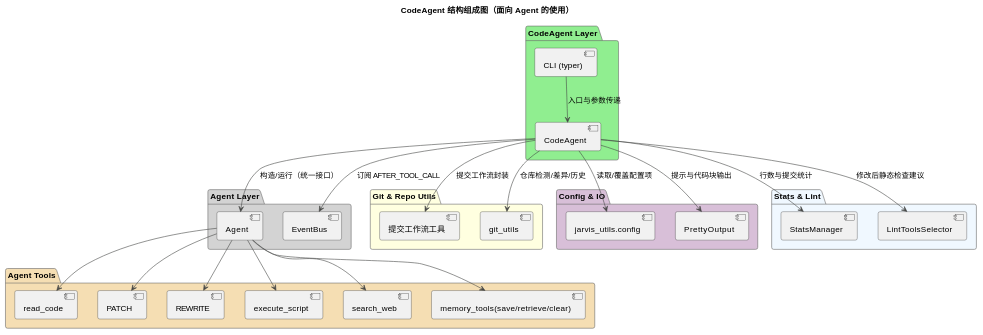
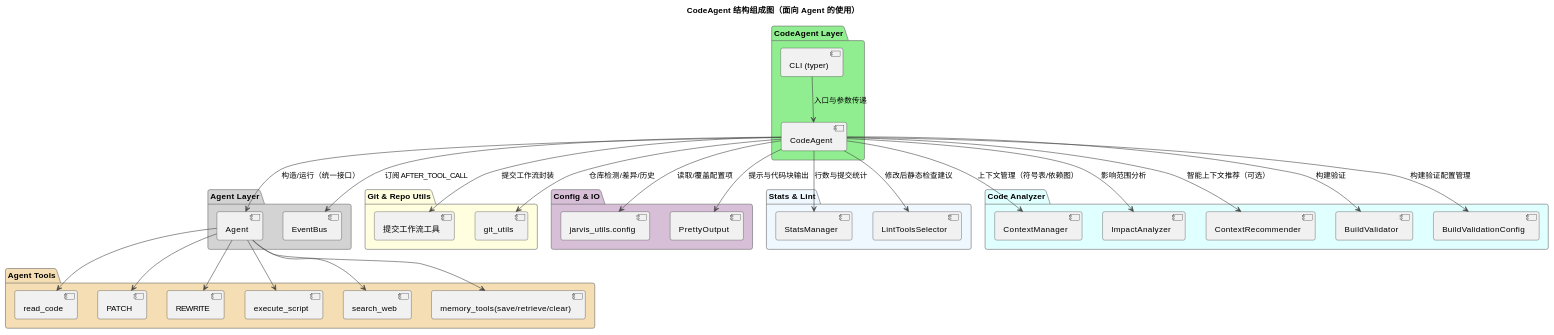
One commit to skyfireitdiy/Jarvis changed diagram 24 of 60 in 技术报告.md. Above: the diagram before and after it, drawn with PlantUML. The commit also changed other lines of this file, not shown here.

First line of the commit message:
feat(code_analyzer): 新增代码分析器模块和相关功能

````diff
--- a/技术报告.md
+++ b/技术报告.md
@@ -1553,58 +1553,71 @@
 ```plantuml
 @startuml
 !theme vibrant
 title CodeAgent 结构组成图（面向 Agent 的使用）
 
 package "CodeAgent Layer" #LightGreen {
   component "CodeAgent" as CodeAgent
   component "CLI (typer)" as CLI
 }
 
 package "Agent Layer" #LightGray {
   component "Agent" as AgentNode
   component "EventBus" as EventBus
 }
 
 package "Agent Tools" #Wheat {
   component "read_code" as ToolReadCode
   component "PATCH" as ToolPatch
   component "REWRITE" as ToolRewrite
   component "execute_script" as ToolExecuteScript
   component "search_web" as ToolSearchWeb
   component "memory_tools(save/retrieve/clear)" as ToolMemory
 }
 
 package "Git & Repo Utils" #LightYellow {
   component "提交工作流工具" as GitCommitTool
   component "git_utils" as GitUtils
 }
 
 package "Config & IO" #Thistle {
   component "jarvis_utils.config" as Config
   component "PrettyOutput" as Output
 }
 
 package "Stats & Lint" #AliceBlue {
   component "StatsManager" as Stats
   component "LintToolsSelector" as Lint
 }
 
+package "Code Analyzer" #LightCyan {
+  component "ContextManager" as CM
+  component "ImpactAnalyzer" as IA
+  component "ContextRecommender" as CR
+  component "BuildValidator" as BV
+  component "BuildValidationConfig" as BVC
+}
+
 CodeAgent --> AgentNode : 构造/运行（统一接口）
 CodeAgent --> EventBus : 订阅 AFTER_TOOL_CALL
 
 AgentNode --> ToolReadCode
 AgentNode --> ToolPatch
 AgentNode --> ToolRewrite
 AgentNode --> ToolExecuteScript
 AgentNode --> ToolSearchWeb
 AgentNode --> ToolMemory
 
 CodeAgent --> GitUtils : 仓库检测/差异/历史
 CodeAgent --> GitCommitTool : 提交工作流封装
 CodeAgent --> Config : 读取/覆盖配置项
 CodeAgent --> Output : 提示与代码块输出
 CodeAgent --> Stats : 行数与提交统计
 CodeAgent --> Lint : 修改后静态检查建议
+CodeAgent --> CM : 上下文管理（符号表/依赖图）
+CodeAgent --> IA : 影响范围分析
+CodeAgent --> CR : 智能上下文推荐（可选）
+CodeAgent --> BV : 构建验证
+CodeAgent --> BVC : 构建验证配置管理
 CLI --> CodeAgent : 入口与参数传递
 @enduml
 ```
````
